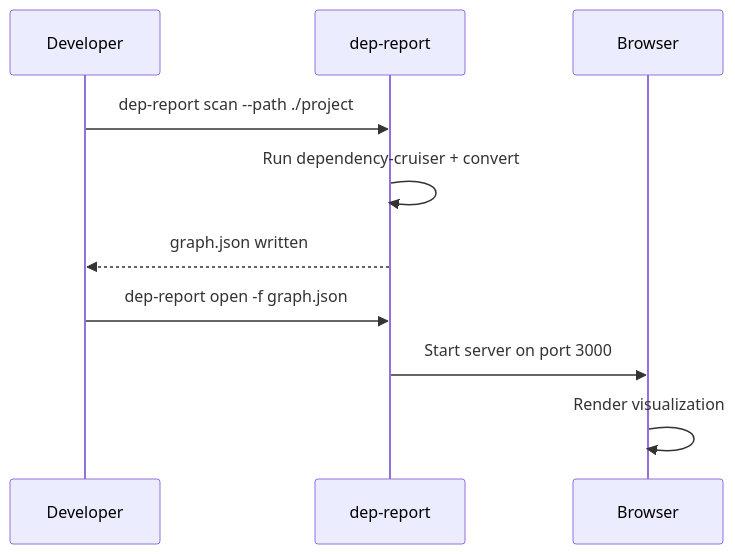
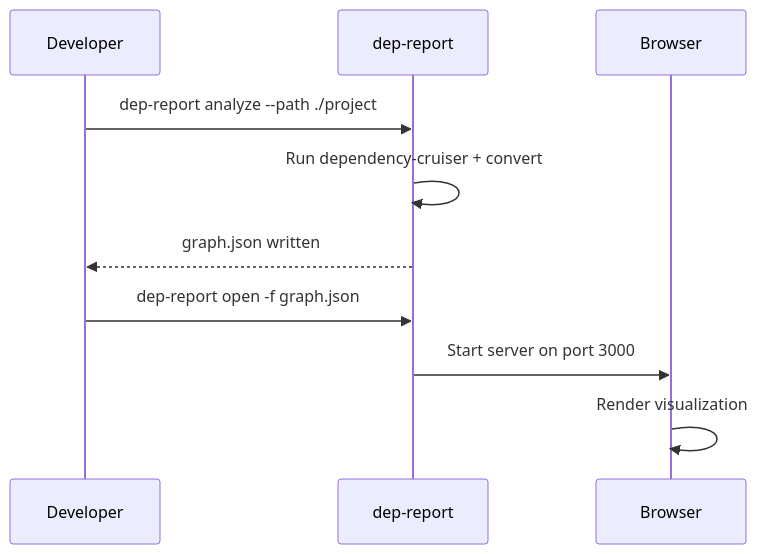
One commit to fisher-89/dependency-cruiser-reporter changed the second of 4 diagrams in docs/usage/scenarios.md. Above: the diagram before and after it, drawn with Mermaid. The commit also changed other lines of this file and 14 other files, not shown here.

First line of the commit message:
refactor(cli): rename scan command to analyze

````diff
--- a/docs/usage/scenarios.md
+++ b/docs/usage/scenarios.md
@@ -28,13 +28,13 @@
 ```mermaid
 sequenceDiagram
     participant Dev as Developer
     participant CLI as dep-report
     participant Browser
 
-    Dev->>CLI: dep-report scan --path ./project
+    Dev->>CLI: dep-report analyze --path ./project
     CLI->>CLI: Run dependency-cruiser + convert
     CLI-->>Dev: graph.json written
     Dev->>CLI: dep-report open -f graph.json
     CLI->>Browser: Start server on port 3000
     Browser->>Browser: Render visualization
 ```
````
